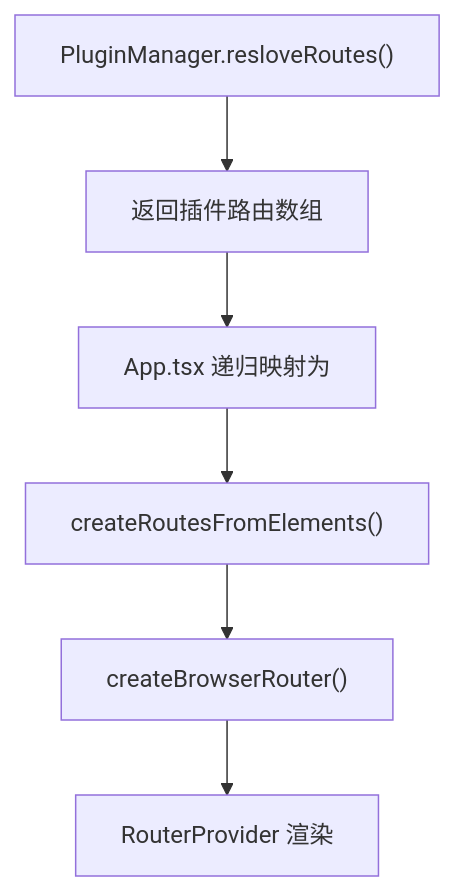
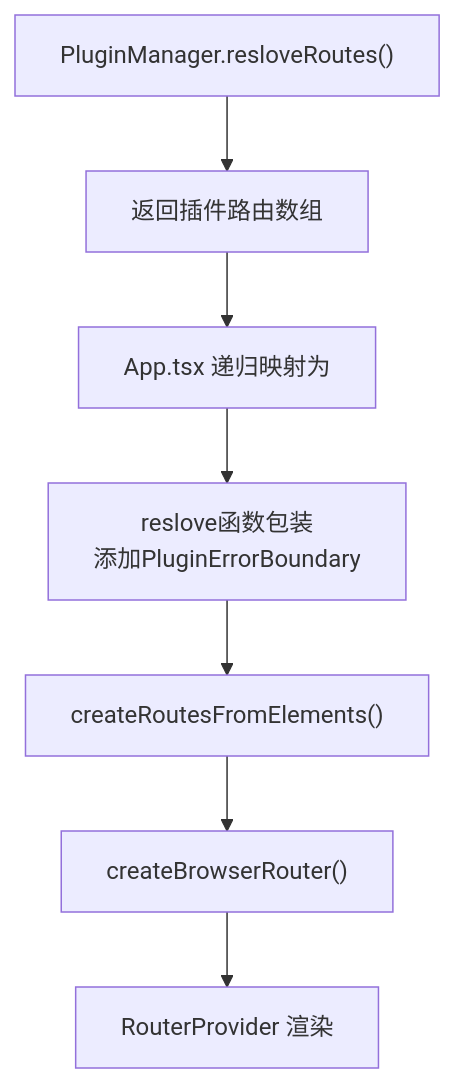
The ninth of 11 diagrams in .qoder/repowiki/zh/content/核心模块/应用主组件.md (LRF0422/Kotion), drawn with Mermaid before and after one commit. The commit also changed other lines of this file and 14 other files, not shown here.

````diff
--- a/.qoder/repowiki/zh/content/核心模块/应用主组件.md
+++ b/.qoder/repowiki/zh/content/核心模块/应用主组件.md
@@ -313,8 +408,9 @@
 ```mermaid
 flowchart TD
 A["PluginManager.resloveRoutes()"] --> B["返回插件路由数组"]
 B --> C["App.tsx 递归映射为 <Route>"]
-C --> D["createRoutesFromElements()"]
-D --> E["createBrowserRouter()"]
-E --> F["RouterProvider 渲染"]
+C --> D["reslove函数包装<br/>添加PluginErrorBoundary"]
+D --> E["createRoutesFromElements()"]
+E --> F["createBrowserRouter()"]
+F --> G["RouterProvider 渲染"]
 ```
````
